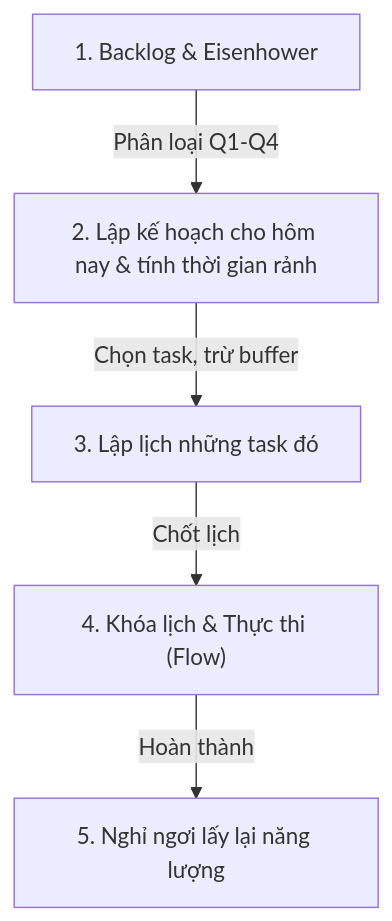
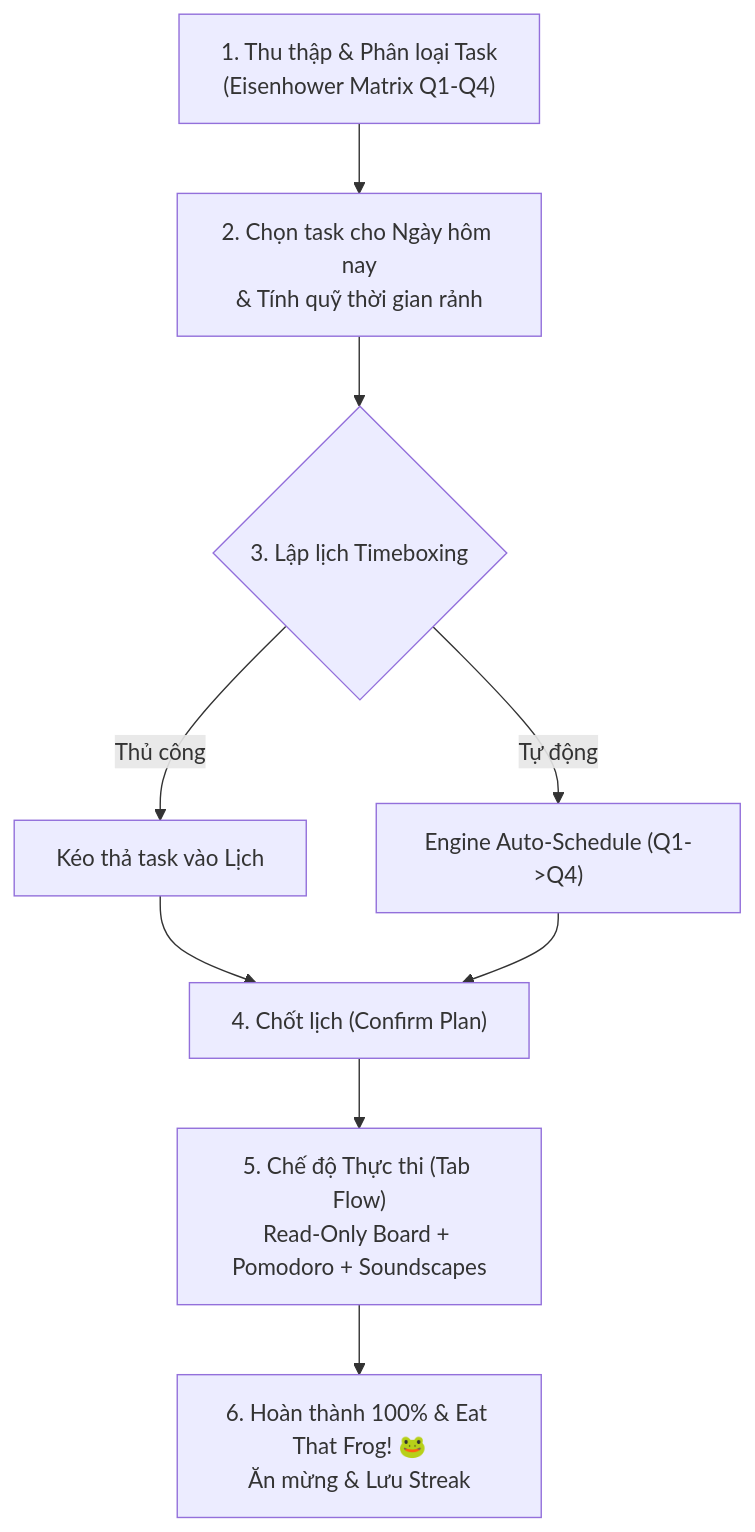
One commit to nguyenhoangkhq7/my-pace changed the diagram in README.md. Above: the diagram before and after it, drawn with Mermaid. The commit also changed other lines of this file and 322 other files, not shown here.

Commit message:
feat: enhance auto schedule and quick add AI

````diff
--- a/README.md
+++ b/README.md
@@ -16,7 +52,11 @@
 ```mermaid
-graph TD
-    A["1. Backlog & Eisenhower"] -->|Phân loại Q1-Q4| B["2. Lập kế hoạch cho hôm nay & tính thời gian rảnh"]
-    B -->|Chọn task, trừ buffer| C["3. Lập lịch những task đó"]
-    C -->|Chốt lịch| D["4. Khóa lịch & Thực thi (Flow)"]
-    D -->|Hoàn thành| E["5. Nghỉ ngơi lấy lại năng lượng"]
+flowchart TD
+    A["1. Thu thập & Phân loại Task\n(Eisenhower Matrix Q1-Q4)"] --> B["2. Chọn task cho Ngày hôm nay\n& Tính quỹ thời gian rảnh"]
+    B --> C{"3. Lập lịch Timeboxing"}
+    C -->|Thủ công| D["Kéo thả task vào Lịch"]
+    C -->|Tự động| E["Engine Auto-Schedule (Q1->Q4)"]
+    D --> F["4. Chốt lịch (Confirm Plan)"]
+    E --> F
+    F --> G["5. Chế độ Thực thi (Tab Flow)\nRead-Only Board + Pomodoro + Soundscapes"]
+    G --> H["6. Hoàn thành 100% & Eat That Frog! 🐸\nĂn mừng & Lưu Streak"]
 ```
````
